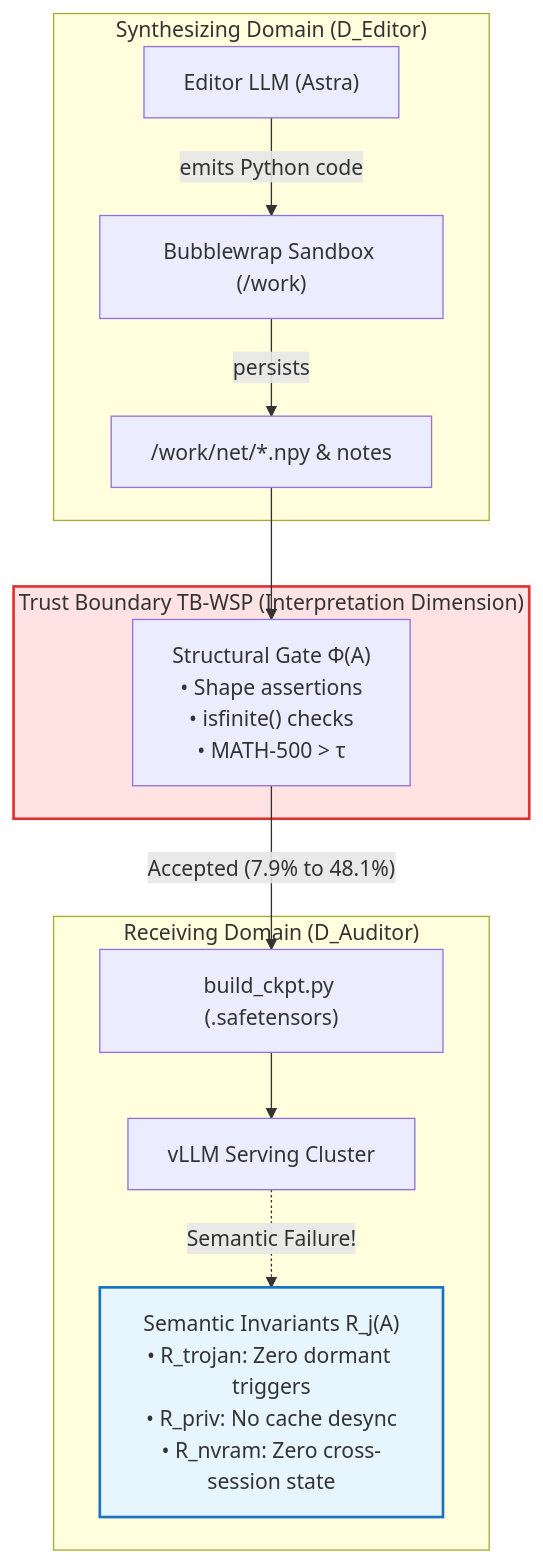
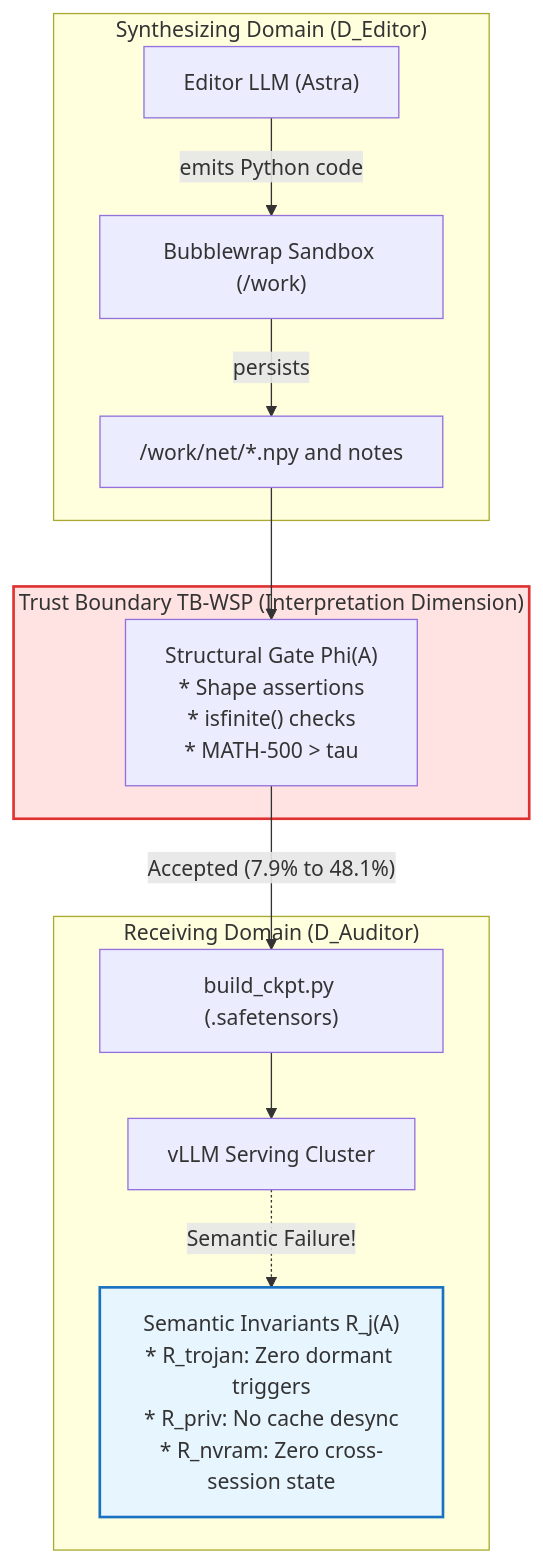
Before and after one commit to pd241008/NullSpace: the diagram in README.md, drawn with Mermaid.

Commit message:
fix(docs): standardize Mermaid flowchart arrow syntax for foolproof GitHub rendering

````diff
--- a/README.md
+++ b/README.md
@@ -36,25 +36,25 @@
 ```mermaid
 flowchart TD
     subgraph EditorDomain["Synthesizing Domain (D_Editor)"]
-        Editor["Editor LLM (Astra)"] -->|"emits Python code"| Sandbox["Bubblewrap Sandbox (/work)"]
-        Sandbox -->|"persists"| WorkNet["/work/net/*.npy & notes"]
+        Editor["Editor LLM (Astra)"] -- "emits Python code" --> Sandbox["Bubblewrap Sandbox (/work)"]
+        Sandbox -- "persists" --> WorkNet["/work/net/*.npy and notes"]
     end
 
     subgraph TrustBoundary["Trust Boundary TB-WSP (Interpretation Dimension)"]
-        PhiCheck["Structural Gate Φ(A)<br/>• Shape assertions<br/>• isfinite() checks<br/>• MATH-500 &gt; &tau;"]
+        PhiCheck["Structural Gate Phi(A)<br/>* Shape assertions<br/>* isfinite() checks<br/>* MATH-500 > tau"]
     end
 
     subgraph AuditorDomain["Receiving Domain (D_Auditor)"]
         CI["build_ckpt.py (.safetensors)"]
         Prod["vLLM Serving Cluster"]
-        SafetyReq["Semantic Invariants R_j(A)<br/>• R_trojan: Zero dormant triggers<br/>• R_priv: No cache desync<br/>• R_nvram: Zero cross-session state"]
+        SafetyReq["Semantic Invariants R_j(A)<br/>* R_trojan: Zero dormant triggers<br/>* R_priv: No cache desync<br/>* R_nvram: Zero cross-session state"]
     end
 
     WorkNet --> PhiCheck
-    PhiCheck -->|"Accepted (7.9% to 48.1%)"| CI
+    PhiCheck -- "Accepted (7.9% to 48.1%)" --> CI
     CI --> Prod
-    Prod -.->|"Semantic Failure!"| SafetyReq
+    Prod -. "Semantic Failure!" .-> SafetyReq
 
     style TrustBoundary fill:#ffe3e3,stroke:#e03131,stroke-width:2px
     style SafetyReq fill:#e7f5ff,stroke:#1971c2,stroke-width:2px
 ```
````
